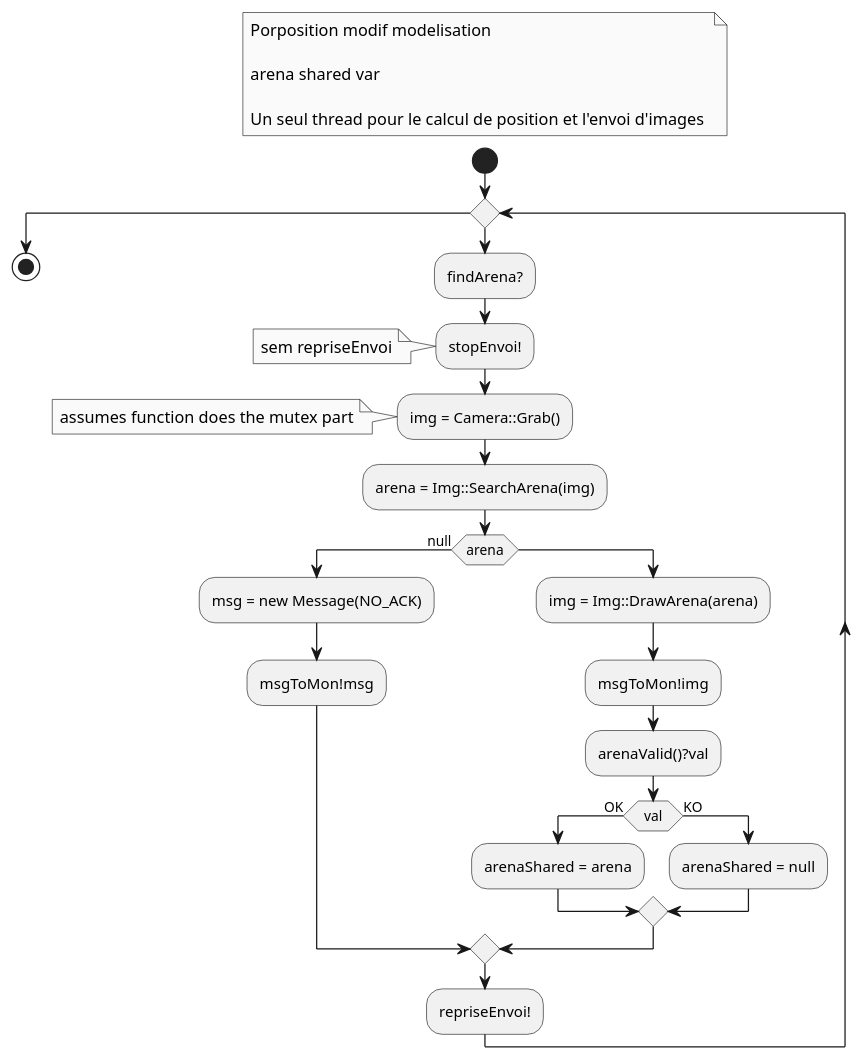
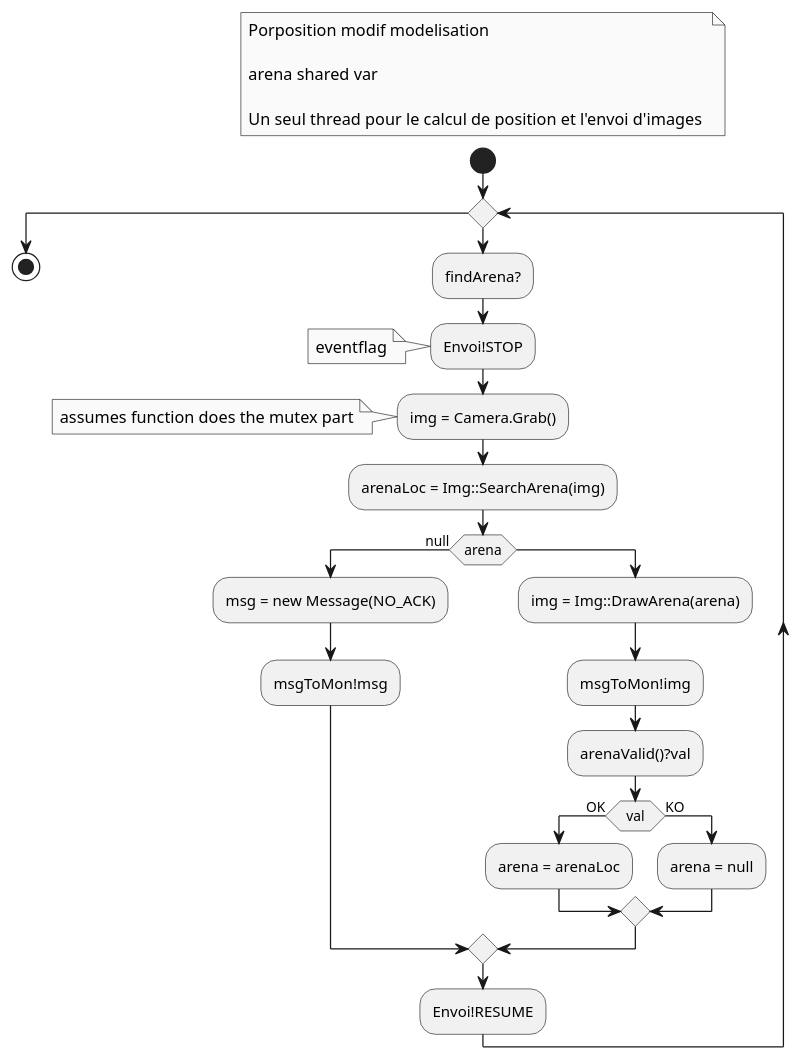
The diagram in diags/th_calibration.puml (Bobillot/BE_Temps_Reel), drawn with PlantUML before and after one commit. The commit also changed 1 other file, not shown here.

```diff
--- a/diags/th_calibration.puml
+++ b/diags/th_calibration.puml
@@ -1,47 +1,47 @@
 @startuml th_calibration
 
 skinparam monochrome true
 
 floating note left  
     Porposition modif modelisation
 
     arena shared var 
 
     Un seul thread pour le calcul de position et l'envoi d'images 
 end note
 
 start
 
 while ( )
     :findArena?;
 
-    :stopEnvoi!;
-    note : sem repriseEnvoi
+    :Envoi!STOP;
+    note : eventflag 
 
-    :img = Camera::Grab();
+    :img = Camera.Grab();
     note : assumes function does the mutex part
 
-    :arena = Img::SearchArena(img);
+    :arenaLoc = Img::SearchArena(img);
 
     if (arena) then (null)
         :msg = new Message(NO_ACK);
         :msgToMon!msg;
     else
         :img = Img::DrawArena(arena);
         :msgToMon!img;
         :arenaValid()?val;
         if(val) then (OK)
-            :arenaShared = arena;
+            :arena = arenaLoc;
         else (KO)
-            :arenaShared = null;
+            :arena = null;
         endif
     endif
 
-    :repriseEnvoi!;
+    :Envoi!RESUME;
 
 
 endwhile
 
 stop
 
 @enduml
```
